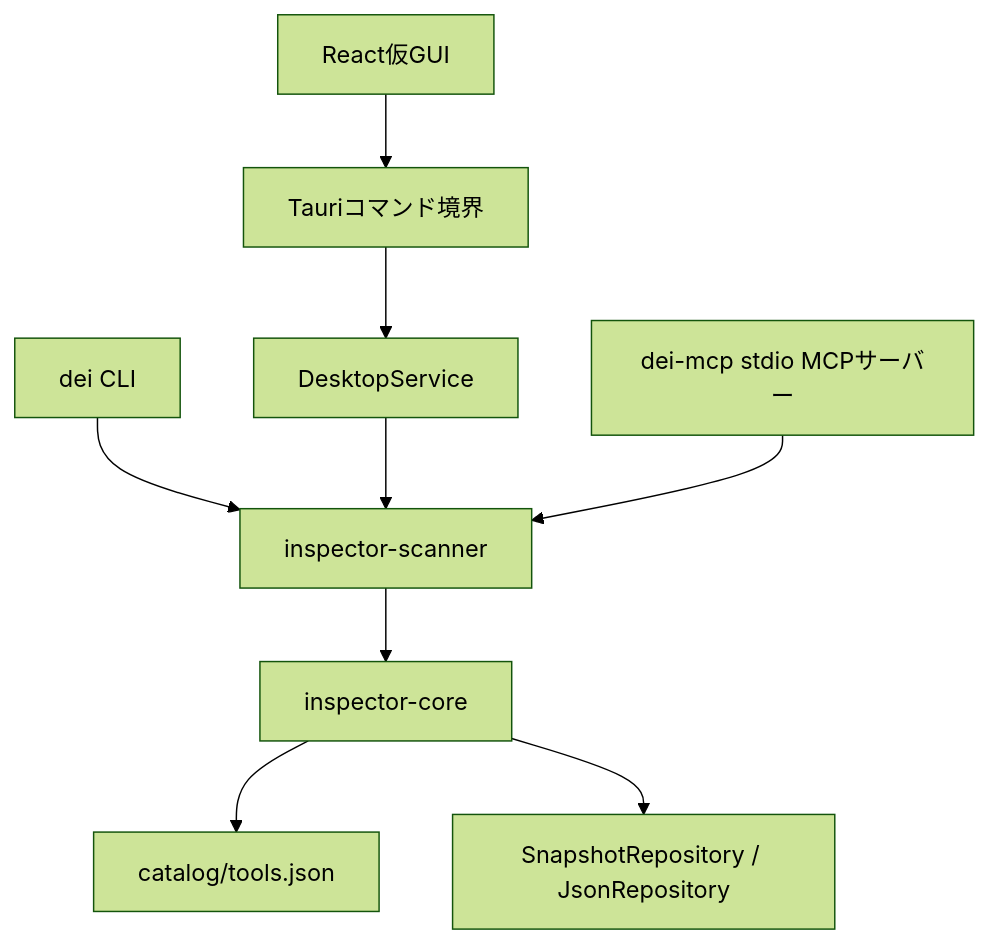
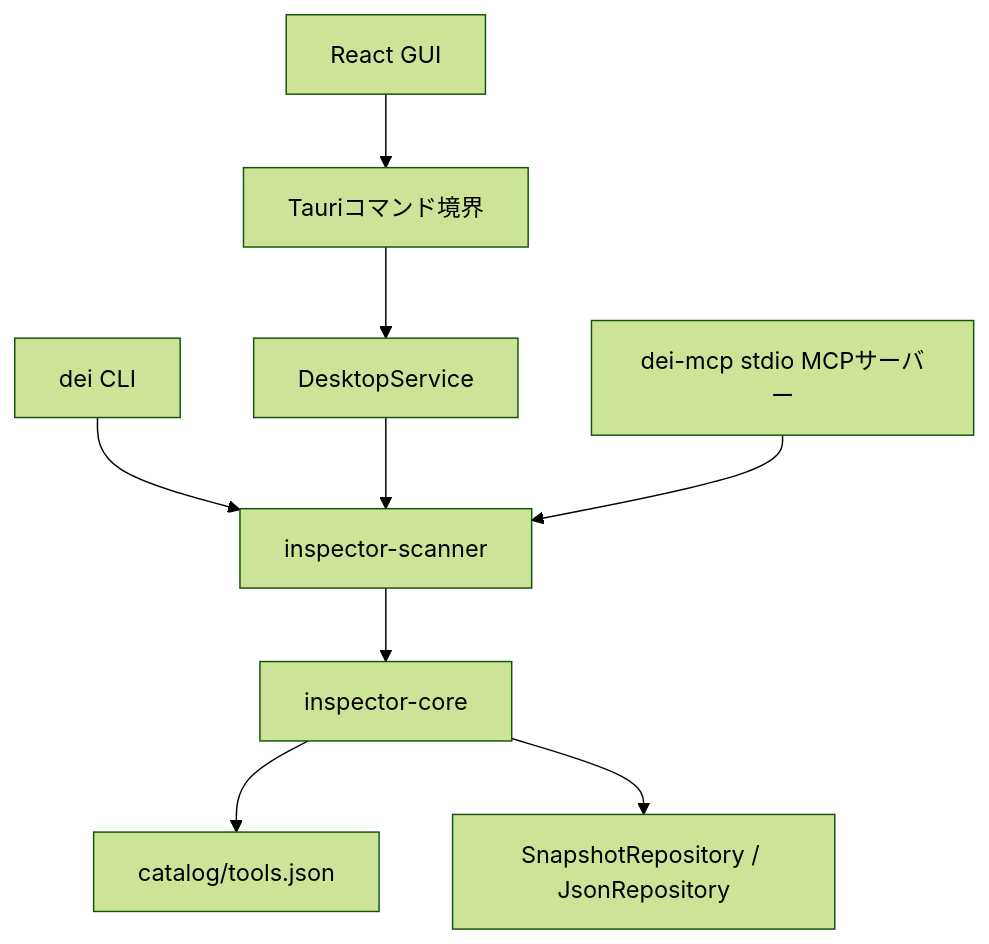
Before and after one commit to Termnix-IT/DevEnvironmentInspector: the diagram in docs/アーキテクチャ.md, drawn with Mermaid (forest theme). The commit also changed other lines of this file and 6 other files, not shown here.

````diff
--- a/docs/アーキテクチャ.md
+++ b/docs/アーキテクチャ.md
@@ -7,11 +7,11 @@
 ```mermaid
 flowchart TD
     CLI[dei CLI] --> Scanner[inspector-scanner]
-    React[React仮GUI] --> IPC[Tauriコマンド境界]
+    React[React GUI] --> IPC[Tauriコマンド境界]
     IPC --> GUI[DesktopService]
     GUI --> Scanner
     MCP[dei-mcp stdio MCPサーバー] --> Scanner
     Scanner --> Core[inspector-core]
     Core --> Catalog[catalog/tools.json]
     Core --> Storage[SnapshotRepository / JsonRepository]
 ```
````
